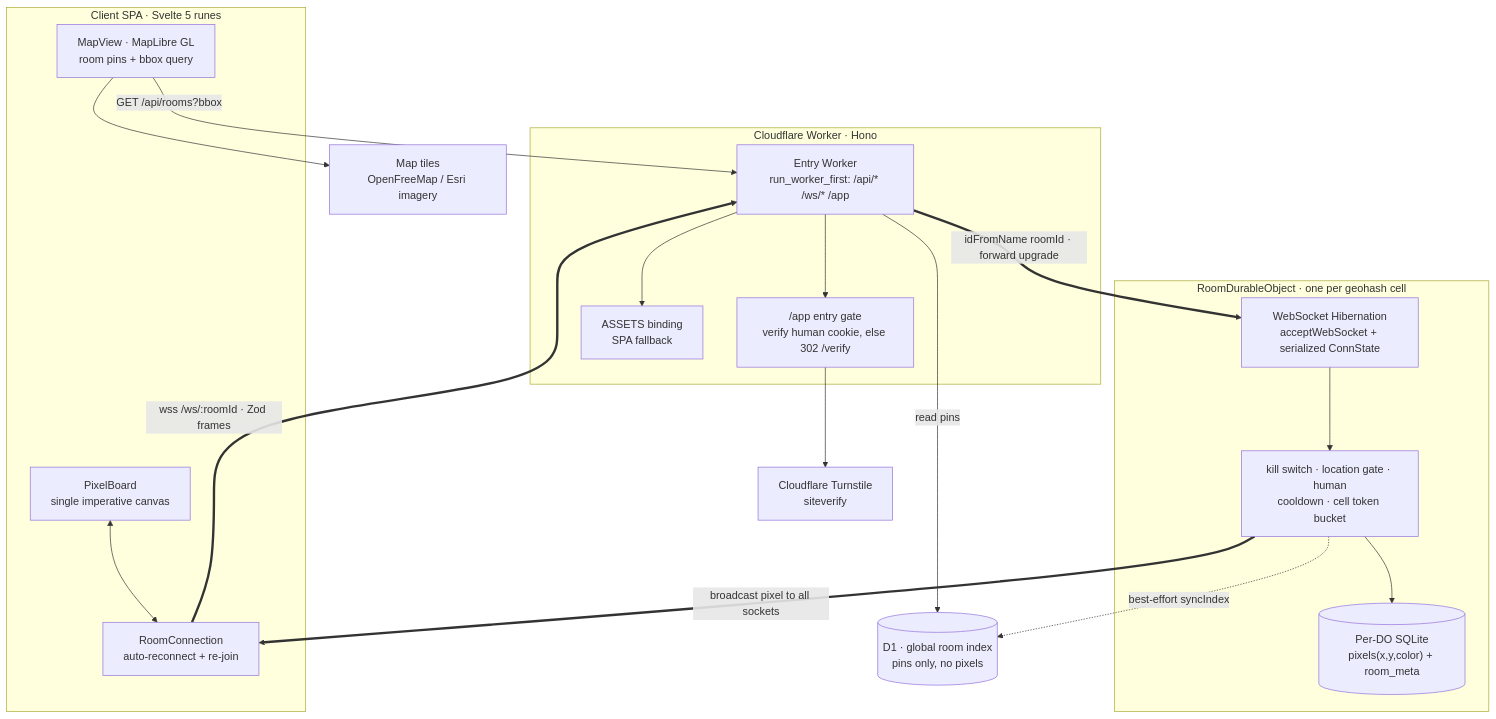
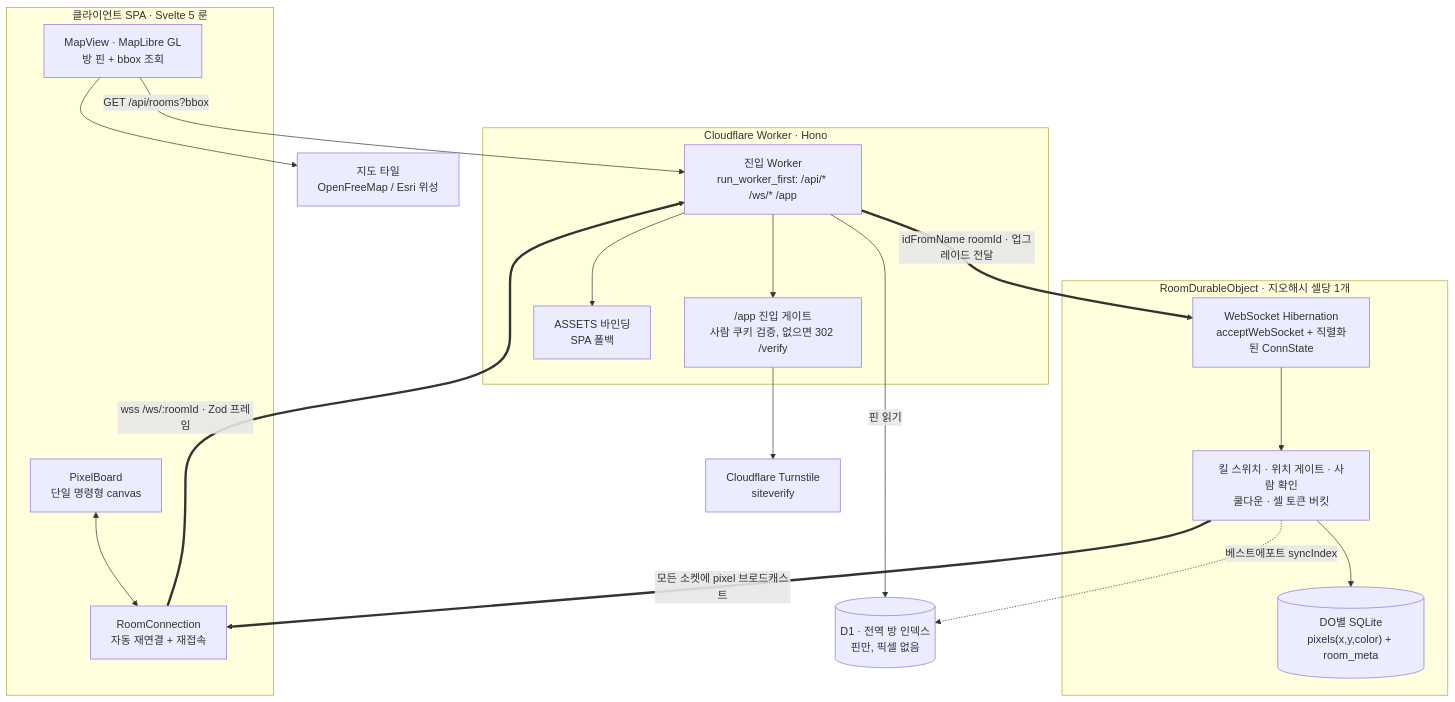
One commit to macklinkim/geo_pixel_canvas changed the diagram in README.md. Above: the diagram before and after it, drawn with Mermaid. The commit also changed other lines of this file and 2 other files, not shown here.

````diff
--- a/README.md
+++ b/README.md
@@ -49,38 +49,38 @@
 ```mermaid
 flowchart TD
-    subgraph Browser["Client SPA · Svelte 5 runes"]
-        Map["MapView · MapLibre GL<br/>room pins + bbox query"]
-        Board["PixelBoard<br/>single imperative canvas"]
-        WS["RoomConnection<br/>auto-reconnect + re-join"]
+    subgraph Browser["클라이언트 SPA · Svelte 5 룬"]
+        Map["MapView · MapLibre GL<br/>방 핀 + bbox 조회"]
+        Board["PixelBoard<br/>단일 명령형 canvas"]
+        WS["RoomConnection<br/>자동 재연결 + 재접속"]
     end
 
     subgraph Edge["Cloudflare Worker · Hono"]
-        Hono["Entry Worker<br/>run_worker_first: /api/* /ws/* /app"]
-        Gate["/app entry gate<br/>verify human cookie, else 302 /verify"]
-        Assets["ASSETS binding<br/>SPA fallback"]
+        Hono["진입 Worker<br/>run_worker_first: /api/* /ws/* /app"]
+        Gate["/app 진입 게이트<br/>사람 쿠키 검증, 없으면 302 /verify"]
+        Assets["ASSETS 바인딩<br/>SPA 폴백"]
     end
 
-    subgraph Room["RoomDurableObject · one per geohash cell"]
-        WSH["WebSocket Hibernation<br/>acceptWebSocket + serialized ConnState"]
-        Logic["kill switch · location gate · human<br/>cooldown · cell token bucket"]
-        SQL[("Per-DO SQLite<br/>pixels(x,y,color) + room_meta")]
+    subgraph Room["RoomDurableObject · 지오해시 셀당 1개"]
+        WSH["WebSocket Hibernation<br/>acceptWebSocket + 직렬화된 ConnState"]
+        Logic["킬 스위치 · 위치 게이트 · 사람 확인<br/>쿨다운 · 셀 토큰 버킷"]
+        SQL[("DO별 SQLite<br/>pixels(x,y,color) + room_meta")]
     end
 
-    D1[("D1 · global room index<br/>pins only, no pixels")]
-    Tiles["Map tiles<br/>OpenFreeMap / Esri imagery"]
+    D1[("D1 · 전역 방 인덱스<br/>핀만, 픽셀 없음")]
+    Tiles["지도 타일<br/>OpenFreeMap / Esri 위성"]
     TS["Cloudflare Turnstile<br/>siteverify"]
 
     Map -->|GET /api/rooms?bbox| Hono
     Map --> Tiles
     Board <--> WS
-    WS ==>|wss /ws/:roomId · Zod frames| Hono
+    WS ==>|wss /ws/:roomId · Zod 프레임| Hono
     Hono --> Gate
     Hono --> Assets
     Gate --> TS
-    Hono -->|read pins| D1
-    Hono ==>|idFromName roomId · forward upgrade| WSH
+    Hono -->|핀 읽기| D1
+    Hono ==>|idFromName roomId · 업그레이드 전달| WSH
     WSH --> Logic
     Logic --> SQL
-    Logic -.->|best-effort syncIndex| D1
-    Logic ==>|broadcast pixel to all sockets| WS
+    Logic -.->|베스트에포트 syncIndex| D1
+    Logic ==>|모든 소켓에 pixel 브로드캐스트| WS
 ```
````
